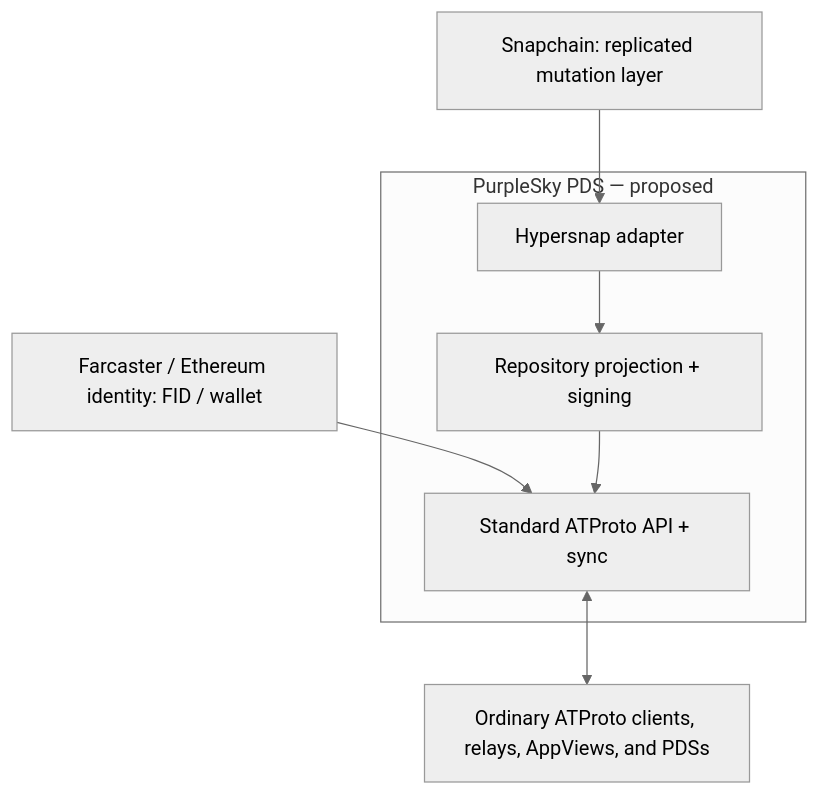
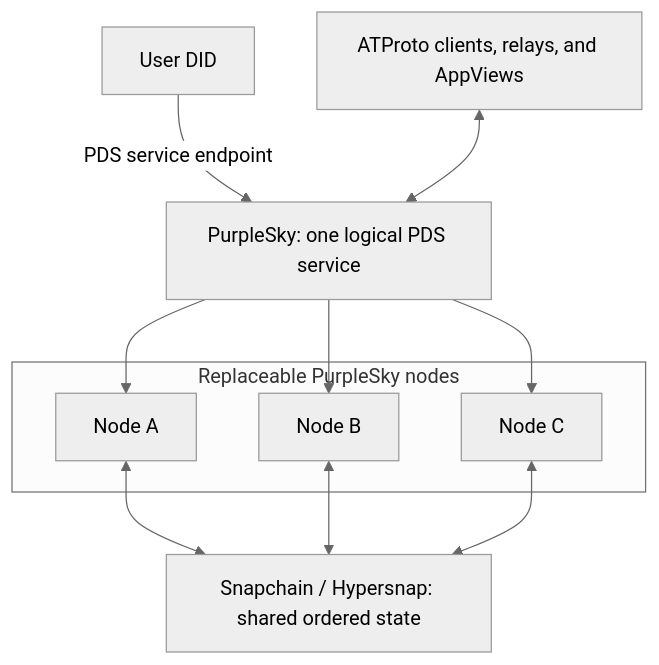
Before and after one commit to pierce403/psky: the first of 3 diagrams in README.md, drawn with Mermaid (neutral theme). The commit also changed other lines of this file and 5 other files, not shown here.

Commit message:
Clarify PurpleSky distributed PDS architecture

````diff
--- a/README.md
+++ b/README.md
@@ -39,12 +58,13 @@
 ```mermaid
 flowchart TD
-  identity["Farcaster / Ethereum identity: FID / wallet"] --> api
-  subgraph pds["PurpleSky PDS — proposed"]
-    api["Standard ATProto API + sync"]
-    projection["Repository projection + signing"]
-    adapter["Hypersnap adapter"]
-    adapter --> projection --> api
+  did["User DID"] -->|"PDS service endpoint"| service
+  consumers["ATProto clients, relays, and AppViews"] <--> service
+  service["PurpleSky: one logical PDS service"]
+  subgraph workers["Replaceable PurpleSky nodes"]
+    a["Node A"]
+    b["Node B"]
+    c["Node C"]
   end
-  snapchain["Snapchain: replicated mutation layer"] --> adapter
-  api <--> network["Ordinary ATProto clients, relays, AppViews, and PDSs"]
+  service --> a & b & c
+  a & b & c <--> state["Snapchain / Hypersnap: shared ordered state"]
 ```
````
